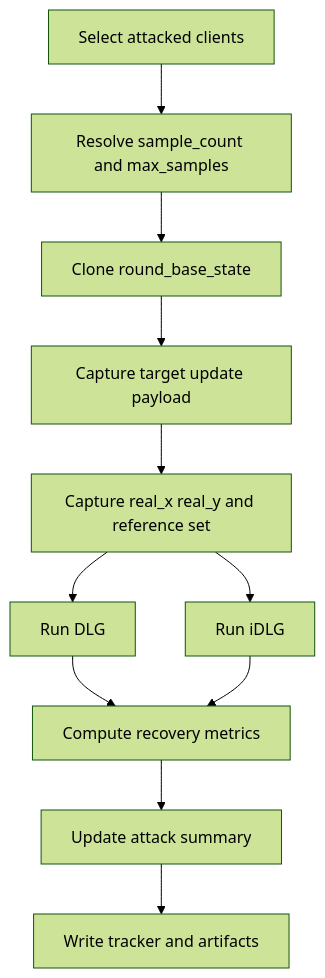
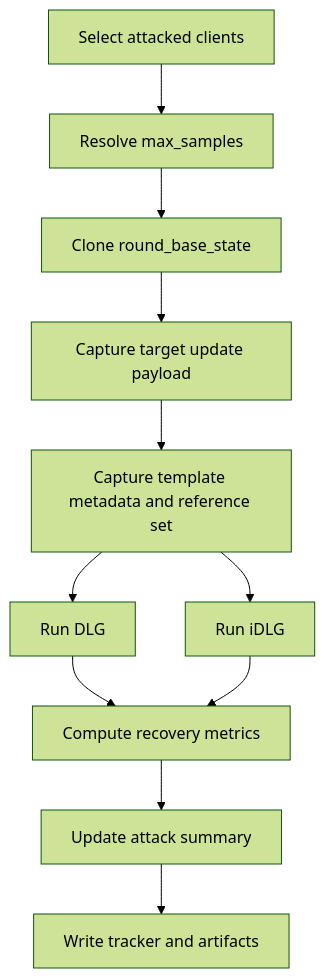
Before and after one commit to Zhang-Yukun/fl: the fifth of 5 diagrams in docs/server_attack_timeline.md, drawn with Mermaid (forest theme). The commit also changed other lines of this file and 23 other files, not shown here.

````diff
--- a/docs/server_attack_timeline.md
+++ b/docs/server_attack_timeline.md
@@ -185,13 +185,13 @@
 ```mermaid
 flowchart TD
-    A[Select attacked clients] --> B[Resolve sample_count and max_samples]
+    A[Select attacked clients] --> B[Resolve max_samples]
     B --> C[Clone round_base_state]
     C --> D[Capture target update payload]
-    D --> E[Capture real_x real_y and reference set]
+    D --> E[Capture template metadata and reference set]
     E --> F[Run DLG]
     E --> G[Run iDLG]
     F --> H[Compute recovery metrics]
     G --> H
     H --> I[Update attack summary]
     I --> J[Write tracker and artifacts]
 ```
````
